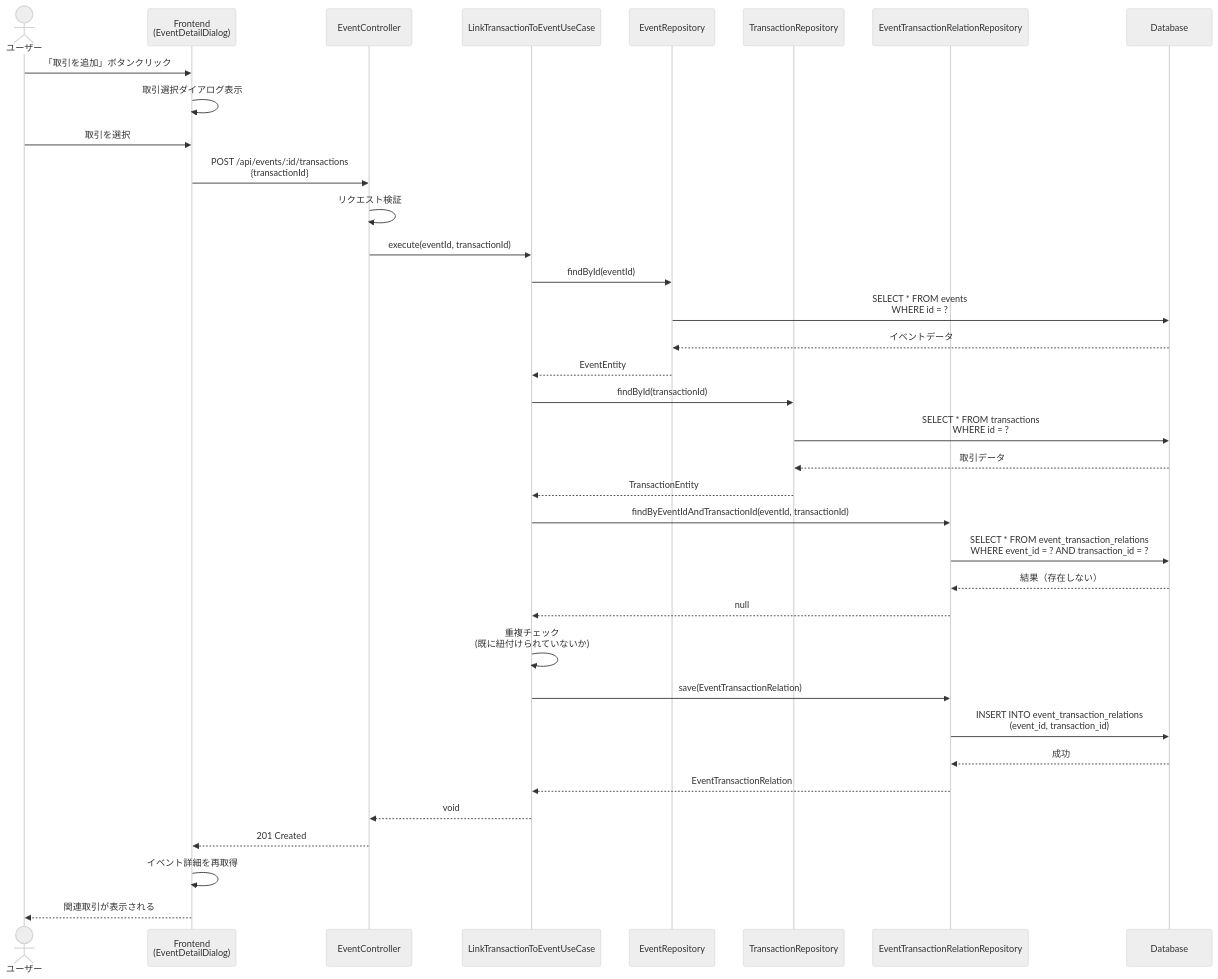
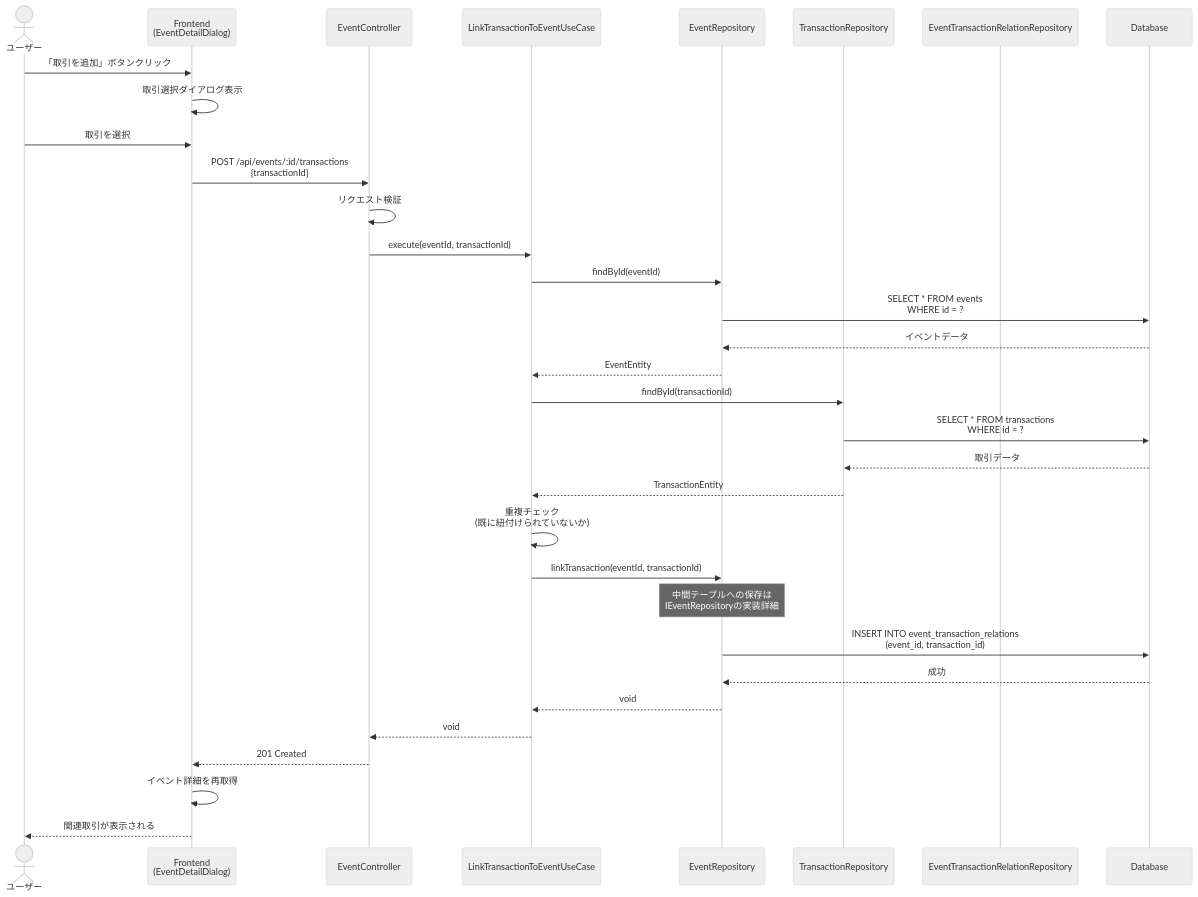
Before and after one commit to kencom2400/account-book: the sixth of 9 diagrams in docs/detailed-design/FR-021_event-memo/sequence-diagrams.md, drawn with Mermaid (neutral theme).

Commit message:
fix: 取引との紐付けのシーケンス図を修正（IEventRepository.linkTransactionを使用）

````diff
--- a/docs/detailed-design/FR-021_event-memo/sequence-diagrams.md
+++ b/docs/detailed-design/FR-021_event-memo/sequence-diagrams.md
@@ -369,48 +369,44 @@
 ```mermaid
 sequenceDiagram
     actor User as ユーザー
     participant FE as Frontend<br/>(EventDetailDialog)
     participant API as EventController
     participant UC as LinkTransactionToEventUseCase
     participant EventRepo as EventRepository
     participant TransRepo as TransactionRepository
     participant RelationRepo as EventTransactionRelationRepository
     participant DB as Database
 
     User->>FE: 「取引を追加」ボタンクリック
     FE->>FE: 取引選択ダイアログ表示
 
     User->>FE: 取引を選択
     FE->>API: POST /api/events/:id/transactions<br/>{transactionId}
 
     API->>API: リクエスト検証
     API->>UC: execute(eventId, transactionId)
 
     UC->>EventRepo: findById(eventId)
     EventRepo->>DB: SELECT * FROM events<br/>WHERE id = ?
     DB-->>EventRepo: イベントデータ
     EventRepo-->>UC: EventEntity
 
     UC->>TransRepo: findById(transactionId)
     TransRepo->>DB: SELECT * FROM transactions<br/>WHERE id = ?
     DB-->>TransRepo: 取引データ
     TransRepo-->>UC: TransactionEntity
 
-    UC->>RelationRepo: findByEventIdAndTransactionId(eventId, transactionId)
-    RelationRepo->>DB: SELECT * FROM event_transaction_relations<br/>WHERE event_id = ? AND transaction_id = ?
-    DB-->>RelationRepo: 結果（存在しない）
-    RelationRepo-->>UC: null
-
     UC->>UC: 重複チェック<br/>(既に紐付けられていないか)
 
-    UC->>RelationRepo: save(EventTransactionRelation)
-    RelationRepo->>DB: INSERT INTO event_transaction_relations<br/>(event_id, transaction_id)
-    DB-->>RelationRepo: 成功
-    RelationRepo-->>UC: EventTransactionRelation
+    UC->>EventRepo: linkTransaction(eventId, transactionId)
+    Note over EventRepo: 中間テーブルへの保存は<br/>IEventRepositoryの実装詳細
+    EventRepo->>DB: INSERT INTO event_transaction_relations<br/>(event_id, transaction_id)
+    DB-->>EventRepo: 成功
+    EventRepo-->>UC: void
 
     UC-->>API: void
     API-->>FE: 201 Created
 
     FE->>FE: イベント詳細を再取得
     FE-->>User: 関連取引が表示される
 ```
````
